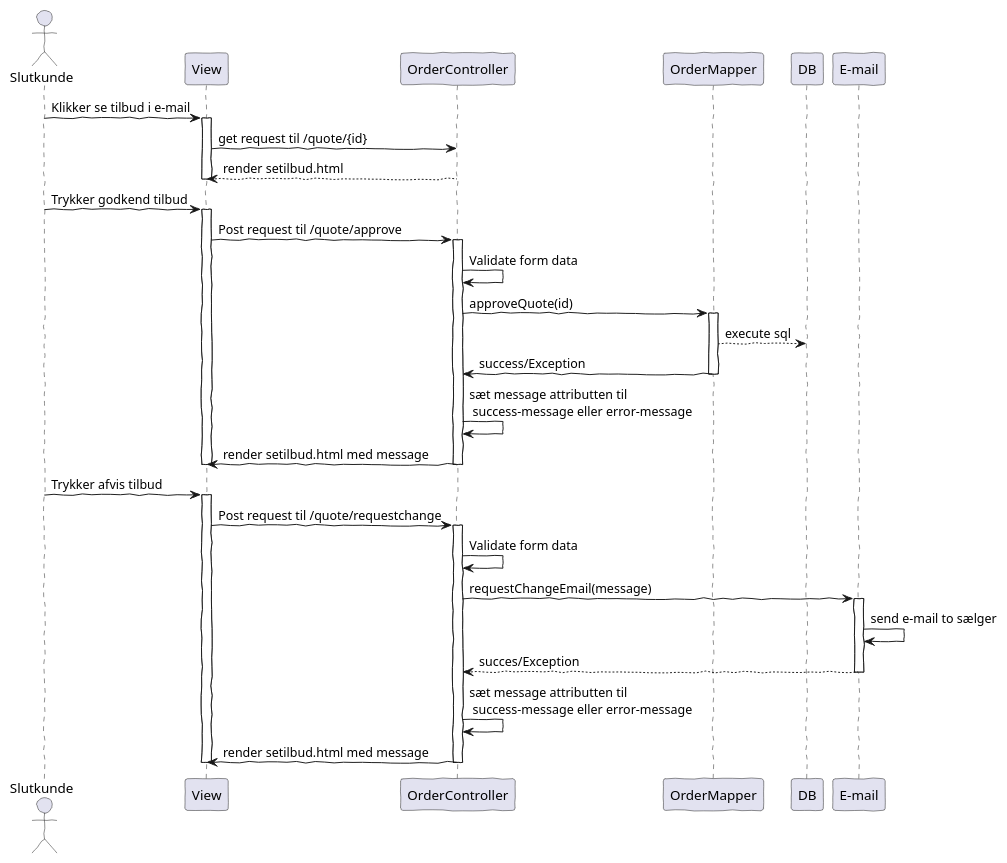
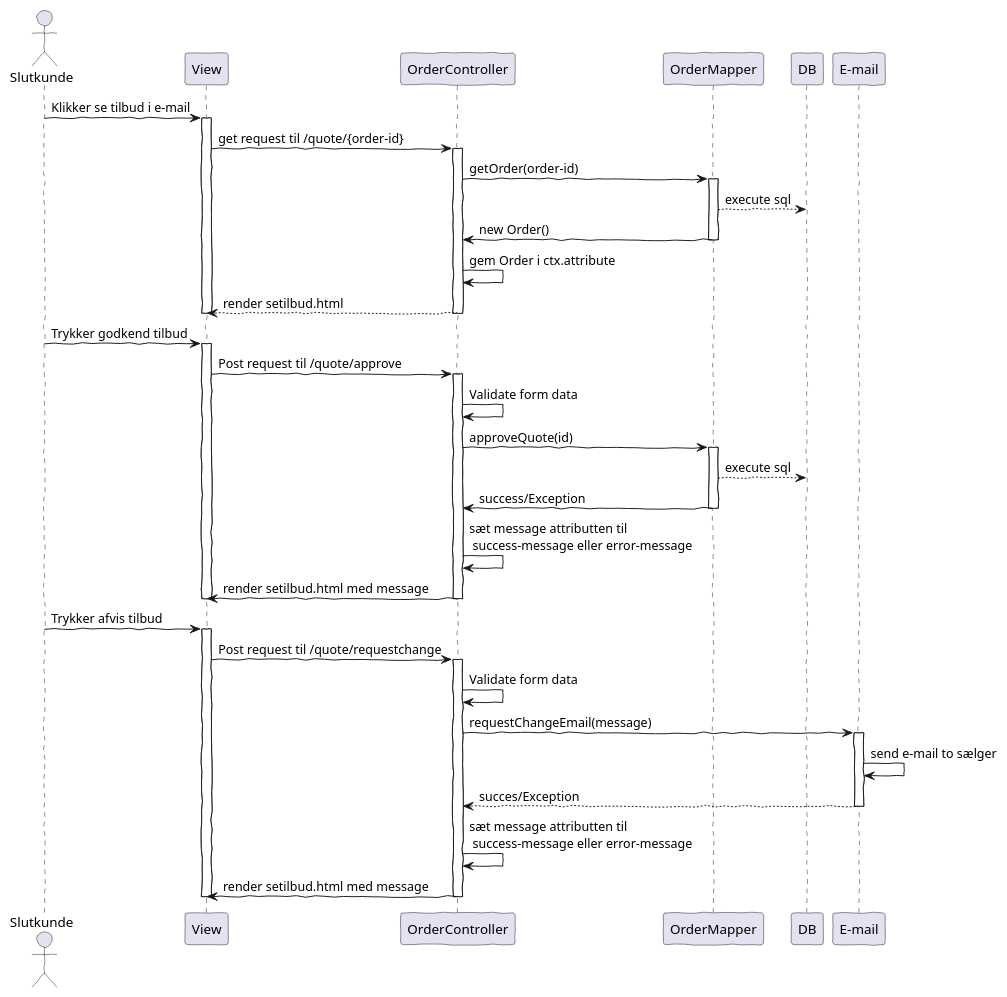
Before and after one commit to AndyTheDragon/Fog-projektet: the diagram in docs/us18-sequence.puml, drawn with PlantUML.

Commit message:
Tilføjet vis tilbud delen af sekvensen

```diff
--- a/docs/us18-sequence.puml
+++ b/docs/us18-sequence.puml
@@ -1,53 +1,61 @@
 @startuml
 'https://plantuml.com/sequence-diagram
 !pragma layout smetana
 skinparam handwritten true
 
 actor Slutkunde
 participant View as V
 participant "OrderController" as C
 participant "OrderMapper" as M
 participant DB
 participant "E-mail" as E
 
 Slutkunde -> V: Klikker se tilbud i e-mail
 activate V
-V -> C: get request til /quote/{id}
+V -> C: get request til /quote/{order-id}
+activate C
+C -> M: getOrder(order-id)
+activate M
+M --> DB: execute sql
+M -> C: new Order()
+deactivate M
+C -> C: gem Order i ctx.attribute
 C --> V: render setilbud.html
+deactivate C
 deactivate V
 
 Slutkunde -> V: Trykker godkend tilbud
 activate V
 
 V -> C: Post request til /quote/approve
 activate C
 C -> C: Validate form data
 C -> M: approveQuote(id)
 activate M
 M --> DB: execute sql
 M -> C: success/Exception
 deactivate M
 C -> C : sæt message attributten til\n success-message eller error-message
 C -> V: render setilbud.html med message
 deactivate C
 
 deactivate V
 
 
 Slutkunde -> V: Trykker afvis tilbud
 activate V
 
 V -> C: Post request til /quote/requestchange
 activate C
 C -> C: Validate form data
 C -> E: requestChangeEmail(message)
 activate E
 E -> E: send e-mail to sælger
 E --> C: succes/Exception
 deactivate E
 C -> C : sæt message attributten til\n success-message eller error-message
 C -> V: render setilbud.html med message
 deactivate C
 
 deactivate V
 @enduml
```
